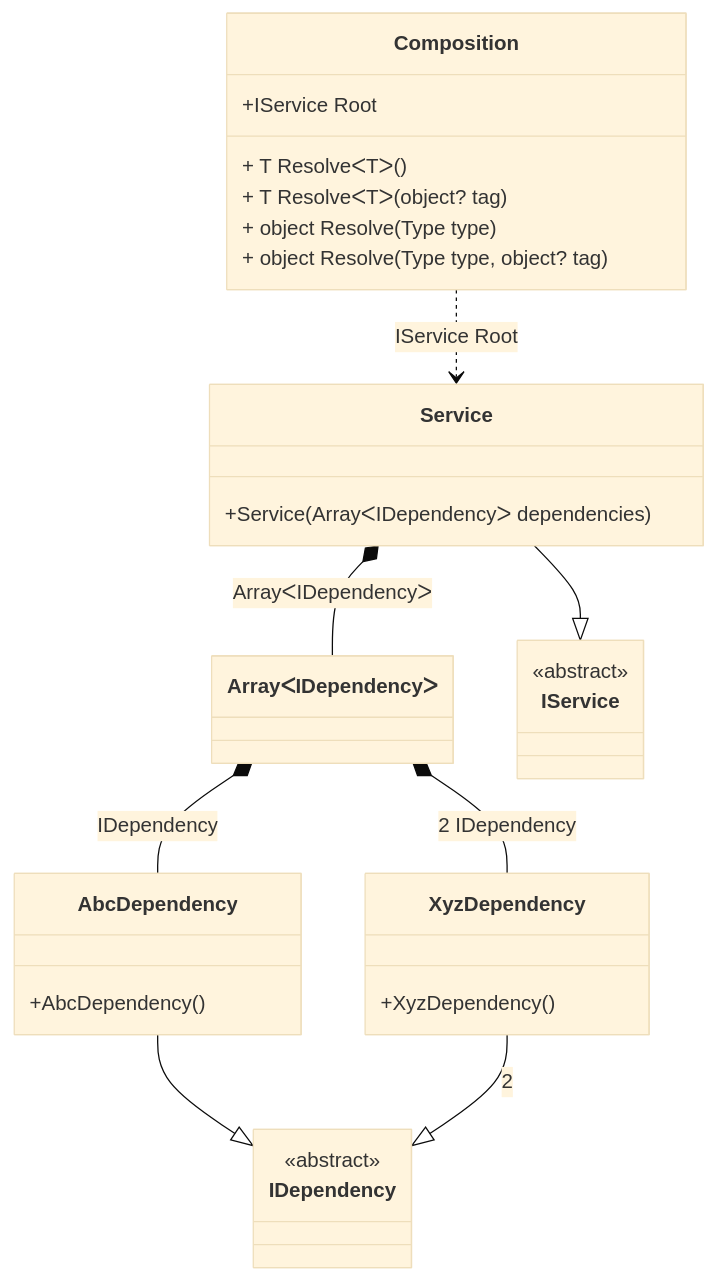
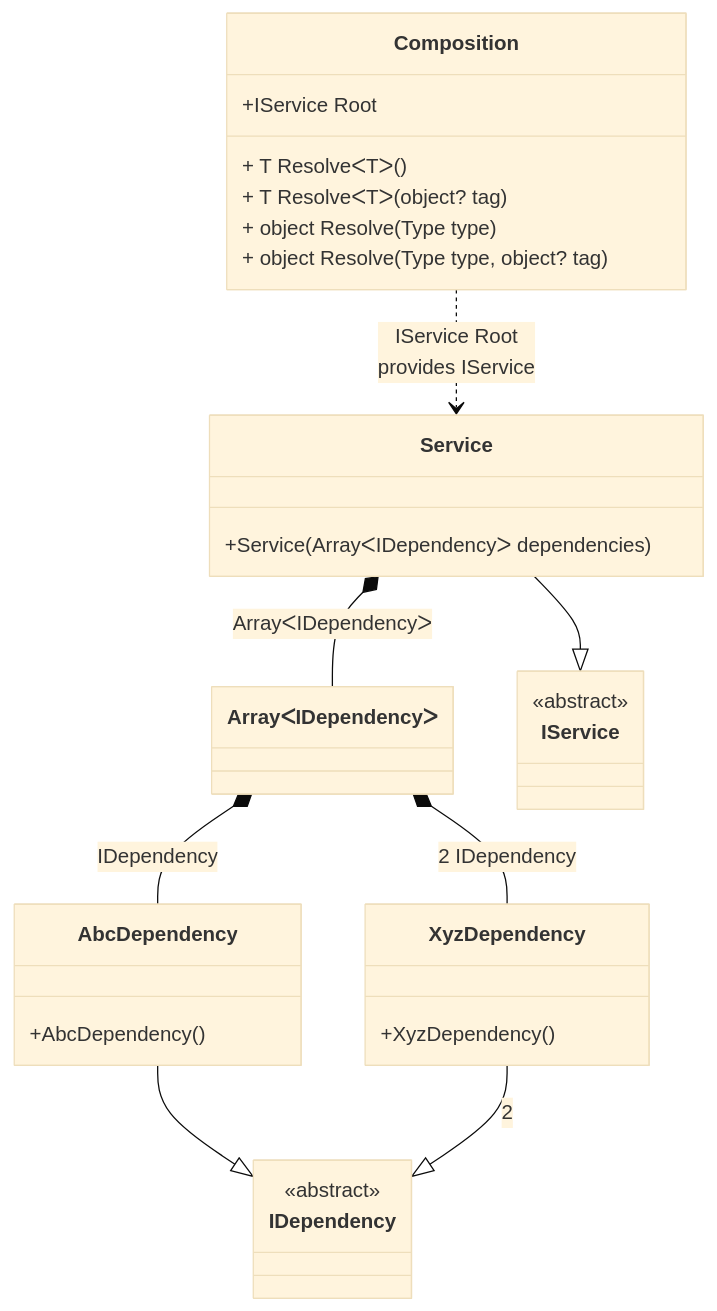
Before and after one commit to DevTeam/Pure.DI: the diagram in readme/array.md, drawn with Mermaid (base theme). The commit also changed other lines of this file and 73 other files, not shown here.

````diff
--- a/readme/array.md
+++ b/readme/array.md
@@ -65,33 +65,33 @@
 ```mermaid
 classDiagram
   class Composition {
     +IService Root
     + T ResolveᐸTᐳ()
     + T ResolveᐸTᐳ(object? tag)
     + object Resolve(Type type)
     + object Resolve(Type type, object? tag)
   }
   class ArrayᐸIDependencyᐳ
   AbcDependency --|> IDependency : 
   class AbcDependency {
     +AbcDependency()
   }
   XyzDependency --|> IDependency : 2 
   class XyzDependency {
     +XyzDependency()
   }
   Service --|> IService : 
   class Service {
     +Service(ArrayᐸIDependencyᐳ dependencies)
   }
   class IDependency {
     <<abstract>>
   }
   class IService {
     <<abstract>>
   }
   ArrayᐸIDependencyᐳ *--  AbcDependency : IDependency
   ArrayᐸIDependencyᐳ *--  XyzDependency : 2  IDependency
   Service *--  ArrayᐸIDependencyᐳ : ArrayᐸIDependencyᐳ
-  Composition ..> Service : IService Root
+  Composition ..> Service : IService Root<br/>provides IService
 ```
````
